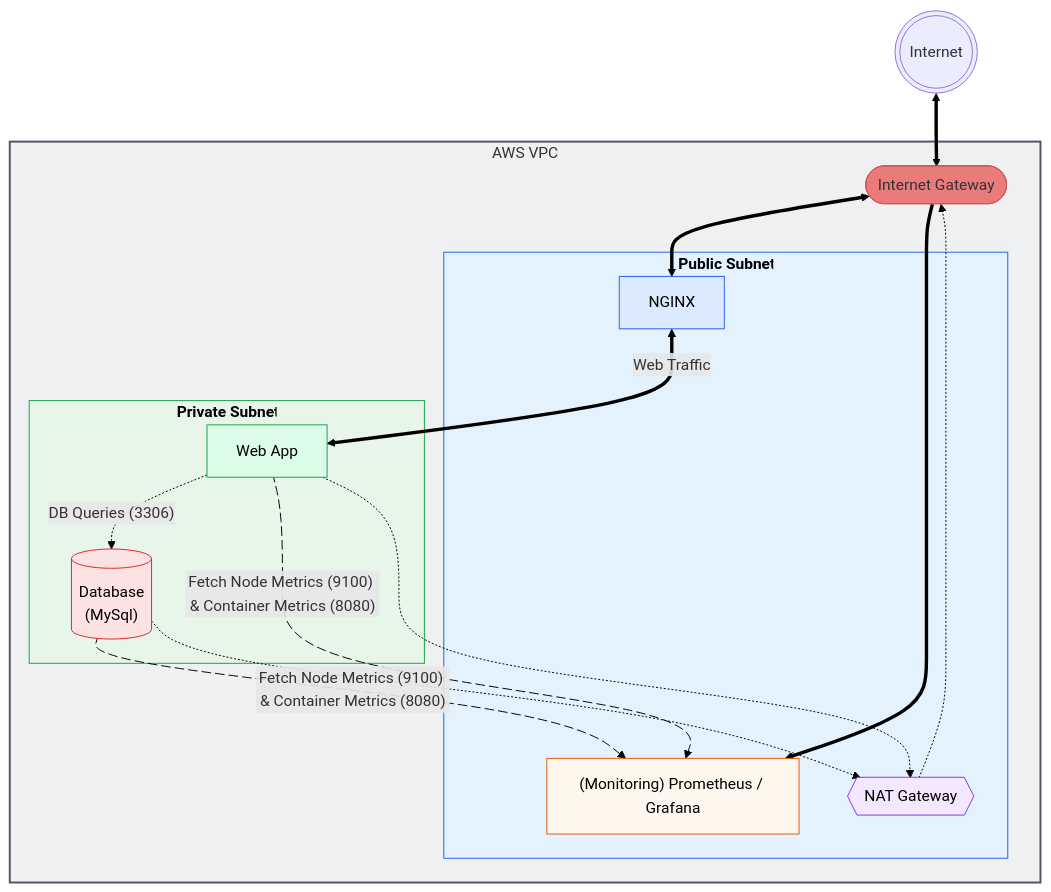
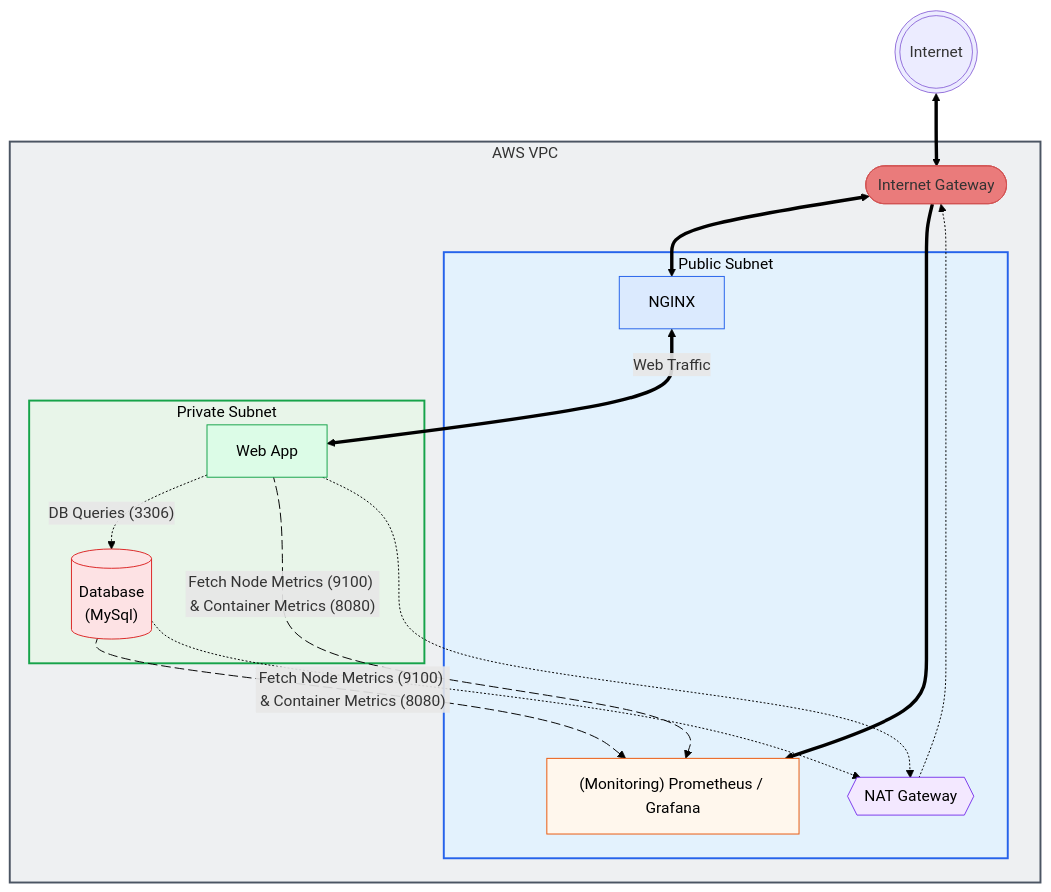
One commit to Jazzar101/learning-terraform-3087701 changed the diagram in README.md. Above: the diagram before and after it, drawn with Mermaid.

Commit message:
fixed clipping

````diff
--- a/README.md
+++ b/README.md
@@ -6,56 +6,56 @@
 ```mermaid
 flowchart TB
     Internet(((Internet)))
     subgraph VPC[AWS VPC]
         IGW([Internet Gateway])
         subgraph PublicSubnet[Public Subnet]
             NAT{{NAT Gateway}}
             NGINX[NGINX]
             Monitoring["(Monitoring) Prometheus / Grafana"]
         end
 
         subgraph PrivateSubnet[Private Subnet]
             App[Web App]
             DB[("Database\n(MySql)")]
         end
     end
 
     Internet <==> IGW
     IGW <==> NGINX
     NGINX <==>|Web Traffic| App
     App -.->|"DB Queries (3306)"| DB
     IGW ==> Monitoring
 
     App metricsApp@-->|"Fetch Node Metrics (9100) & Container Metrics (8080)"| Monitoring
     DB metricsDB@-->|"Fetch Node Metrics (9100) & Container Metrics (8080)"| Monitoring
 
     App -.-> NAT
     DB -.-> NAT
     NAT -.-> IGW
     
     metricsApp@{ animation: slow }    
     metricsDB@{ animation: slow }
 
     %% Node-only styling (GitHub safe)
     classDef ingress fill:#dbeafe,stroke:#2563eb,color:#000000
     classDef monitoring fill:#fff7ed,stroke:#ea580c,color:#000000
     classDef nat fill:#f3e8ff,stroke:#7c3aed,color:#000000
     classDef app fill:#dcfce7,stroke:#16a34a,color:#000000
     classDef db fill:#fde2e4,stroke:#dc2626,color:#000000
     classDef igw fill:#EA7B7B,stroke:#D25353,color:#00000
     classDef PublicSubnet fill:#e3f2fd,stroke:#2563eb
     classDef PrivateSubnet fill:#e8f5e9,stroke:#16a34a
 
     style VPC fill:#eef0f2,stroke:#4b5563,stroke-width:2px
-    style PublicSubnet fill:#e3f2fd,stroke:#2563eb,color:#000000,font-weight:bold
-    style PrivateSubnet fill:#e8f5e9,stroke:#16a34a,stroke-width:1px,color:#000000,font-weight:bold
- 
+    style PublicSubnet fill:#e3f2fd,stroke:#2563eb,stroke-width:2px,color:#000000
+    style PrivateSubnet fill:#e8f5e9,stroke:#16a34a,stroke-width:2px,color:#000000
+
     linkStyle default stroke:#000
 
     class NGINX ingress
     class Monitoring monitoring
     class NAT nat
     class App app
     class DB db
     class IGW igw
 ```
````
